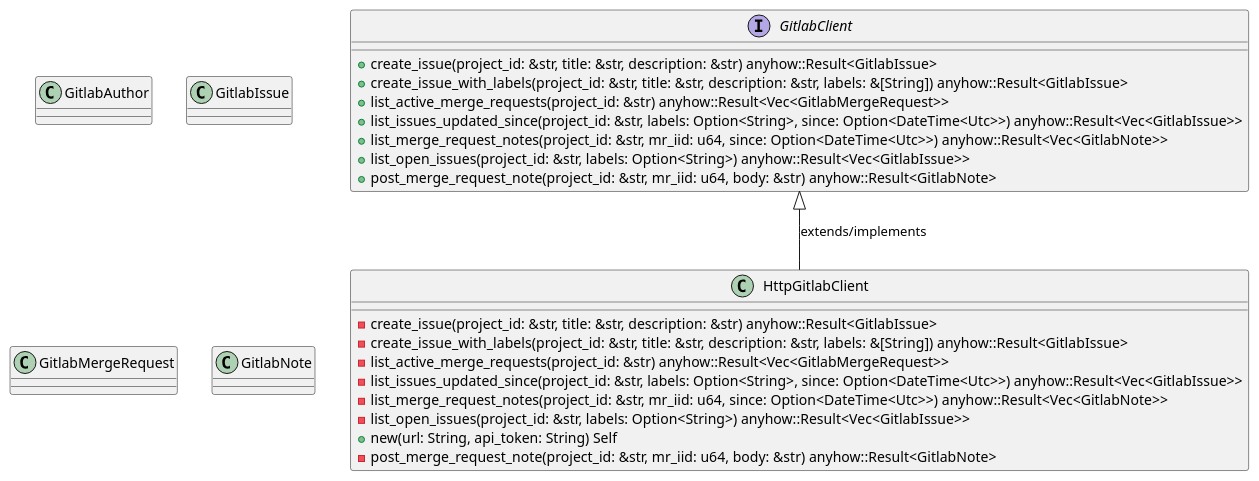
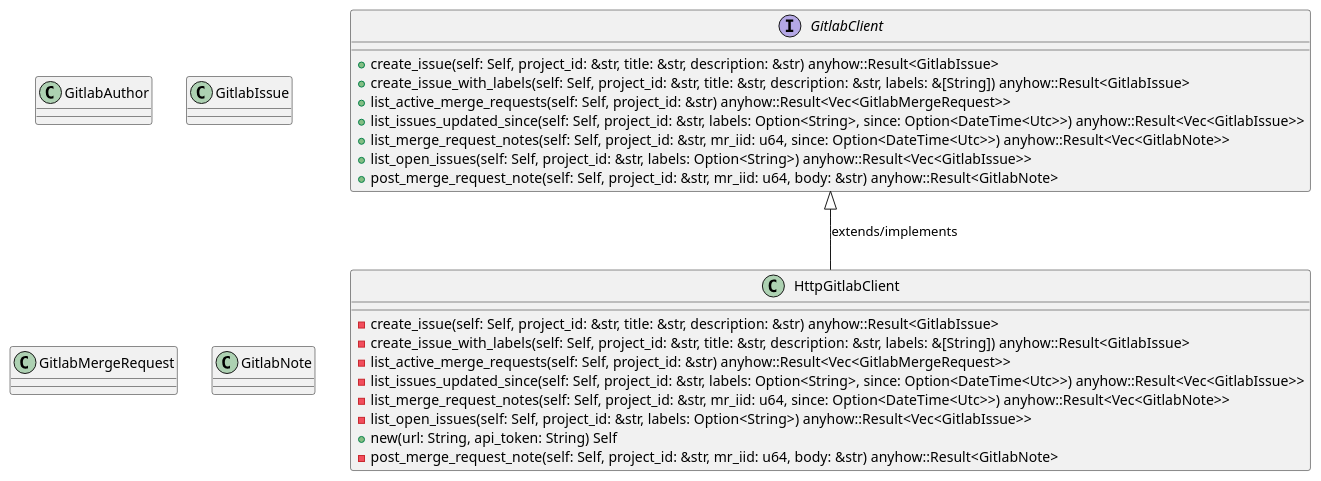
The first of 6 diagrams in openwiki/crates_factory_infrastructure_src_gitlab.md (lgcorzo/rust_CACD_autonomous_factory), drawn with PlantUML before and after one commit. The commit also changed other lines of this file and 95 other files, not shown here.

````diff
--- a/openwiki/crates_factory_infrastructure_src_gitlab.md
+++ b/openwiki/crates_factory_infrastructure_src_gitlab.md
@@ -423,33 +430,33 @@
 ```plantuml
 @startuml
 class GitlabAuthor {
 }
 interface GitlabClient {
-    +create_issue(project_id: &str, title: &str, description: &str) anyhow::Result<GitlabIssue>
-    +create_issue_with_labels(project_id: &str, title: &str, description: &str, labels: &[String]) anyhow::Result<GitlabIssue>
-    +list_active_merge_requests(project_id: &str) anyhow::Result<Vec<GitlabMergeRequest>>
-    +list_issues_updated_since(project_id: &str, labels: Option<String>, since: Option<DateTime<Utc>>) anyhow::Result<Vec<GitlabIssue>>
-    +list_merge_request_notes(project_id: &str, mr_iid: u64, since: Option<DateTime<Utc>>) anyhow::Result<Vec<GitlabNote>>
-    +list_open_issues(project_id: &str, labels: Option<String>) anyhow::Result<Vec<GitlabIssue>>
-    +post_merge_request_note(project_id: &str, mr_iid: u64, body: &str) anyhow::Result<GitlabNote>
+    +create_issue(self: Self, project_id: &str, title: &str, description: &str) anyhow::Result<GitlabIssue>
+    +create_issue_with_labels(self: Self, project_id: &str, title: &str, description: &str, labels: &[String]) anyhow::Result<GitlabIssue>
+    +list_active_merge_requests(self: Self, project_id: &str) anyhow::Result<Vec<GitlabMergeRequest>>
+    +list_issues_updated_since(self: Self, project_id: &str, labels: Option<String>, since: Option<DateTime<Utc>>) anyhow::Result<Vec<GitlabIssue>>
+    +list_merge_request_notes(self: Self, project_id: &str, mr_iid: u64, since: Option<DateTime<Utc>>) anyhow::Result<Vec<GitlabNote>>
+    +list_open_issues(self: Self, project_id: &str, labels: Option<String>) anyhow::Result<Vec<GitlabIssue>>
+    +post_merge_request_note(self: Self, project_id: &str, mr_iid: u64, body: &str) anyhow::Result<GitlabNote>
 }
 class GitlabIssue {
 }
 class GitlabMergeRequest {
 }
 class GitlabNote {
 }
 class HttpGitlabClient {
-    -create_issue(project_id: &str, title: &str, description: &str) anyhow::Result<GitlabIssue>
-    -create_issue_with_labels(project_id: &str, title: &str, description: &str, labels: &[String]) anyhow::Result<GitlabIssue>
-    -list_active_merge_requests(project_id: &str) anyhow::Result<Vec<GitlabMergeRequest>>
-    -list_issues_updated_since(project_id: &str, labels: Option<String>, since: Option<DateTime<Utc>>) anyhow::Result<Vec<GitlabIssue>>
-    -list_merge_request_notes(project_id: &str, mr_iid: u64, since: Option<DateTime<Utc>>) anyhow::Result<Vec<GitlabNote>>
-    -list_open_issues(project_id: &str, labels: Option<String>) anyhow::Result<Vec<GitlabIssue>>
+    -create_issue(self: Self, project_id: &str, title: &str, description: &str) anyhow::Result<GitlabIssue>
+    -create_issue_with_labels(self: Self, project_id: &str, title: &str, description: &str, labels: &[String]) anyhow::Result<GitlabIssue>
+    -list_active_merge_requests(self: Self, project_id: &str) anyhow::Result<Vec<GitlabMergeRequest>>
+    -list_issues_updated_since(self: Self, project_id: &str, labels: Option<String>, since: Option<DateTime<Utc>>) anyhow::Result<Vec<GitlabIssue>>
+    -list_merge_request_notes(self: Self, project_id: &str, mr_iid: u64, since: Option<DateTime<Utc>>) anyhow::Result<Vec<GitlabNote>>
+    -list_open_issues(self: Self, project_id: &str, labels: Option<String>) anyhow::Result<Vec<GitlabIssue>>
     +new(url: String, api_token: String) Self
-    -post_merge_request_note(project_id: &str, mr_iid: u64, body: &str) anyhow::Result<GitlabNote>
+    -post_merge_request_note(self: Self, project_id: &str, mr_iid: u64, body: &str) anyhow::Result<GitlabNote>
 }
 GitlabClient <|-- HttpGitlabClient : extends/implements
 @enduml
 
 ```
````
